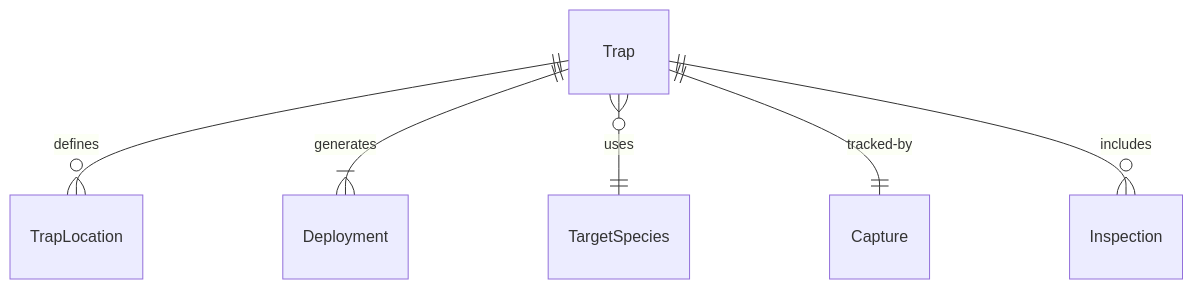
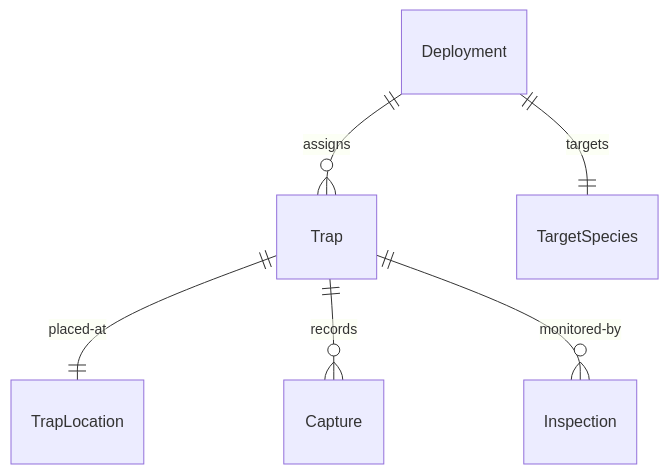
Before and after one commit to dot-org-ai/tasks.org.ai: the first of 4 diagrams in HandlingAndMovingObjects/PositionToolsOrEquipment/PositionAnimalTrappingCaptureEquipment.mdx, drawn with Mermaid. The commit also changed other lines of this file and 515 other files, not shown here.

````diff
--- a/HandlingAndMovingObjects/PositionToolsOrEquipment/PositionAnimalTrappingCaptureEquipment.mdx
+++ b/HandlingAndMovingObjects/PositionToolsOrEquipment/PositionAnimalTrappingCaptureEquipment.mdx
@@ -88,8 +88,8 @@
 ```mermaid
 erDiagram
-    Trap ||--o{ TrapLocation : "defines"
-    Trap ||--|{ Deployment : "generates"
-    Trap }o--|| TargetSpecies : "uses"
-    Trap ||--|| Capture : "tracked-by"
-    Trap ||--o{ Inspection : "includes"
+    Deployment ||--o{ Trap : "assigns"
+    Trap ||--|| TrapLocation : "placed-at"
+    Deployment ||--|| TargetSpecies : "targets"
+    Trap ||--o{ Capture : "records"
+    Trap ||--o{ Inspection : "monitored-by"
 ```
````
